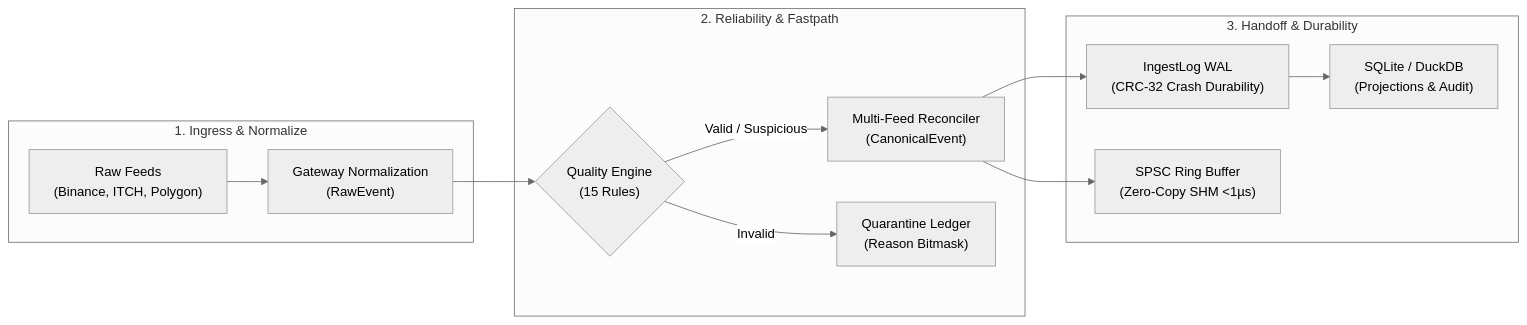
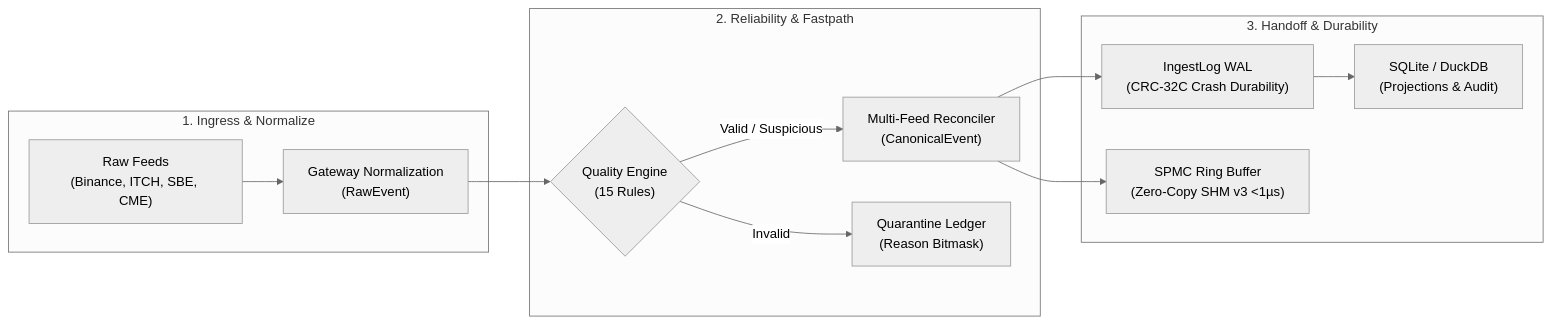
One commit to Aryan-20-04/mdrap changed the diagram in README.md. Above: the diagram before and after it, drawn with Mermaid (neutral theme). The commit also changed other lines of this file, not shown here.

````diff
--- a/README.md
+++ b/README.md
@@ -49,16 +42,16 @@
 ```mermaid
 flowchart LR
     subgraph Ingress ["1. Ingress & Normalize"]
-        A["Raw Feeds\n(Binance, ITCH, Polygon)"] --> B["Gateway Normalization\n(RawEvent)"]
+        A["Raw Feeds\n(Binance, ITCH, SBE, CME)"] --> B["Gateway Normalization\n(RawEvent)"]
     end
     subgraph Core ["2. Reliability & Fastpath"]
         B --> C{"Quality Engine\n(15 Rules)"}
         C -->|Valid / Suspicious| D["Multi-Feed Reconciler\n(CanonicalEvent)"]
         C -->|Invalid| Q["Quarantine Ledger\n(Reason Bitmask)"]
     end
     subgraph Handoff ["3. Handoff & Durability"]
-        D --> E["IngestLog WAL\n(CRC-32 Crash Durability)"]
-        D --> F["SPSC Ring Buffer\n(Zero-Copy SHM <1µs)"]
+        D --> E["IngestLog WAL\n(CRC-32C Crash Durability)"]
+        D --> F["SPMC Ring Buffer\n(Zero-Copy SHM v3 <1µs)"]
         E --> G["SQLite / DuckDB\n(Projections & Audit)"]
     end
 ```
````
